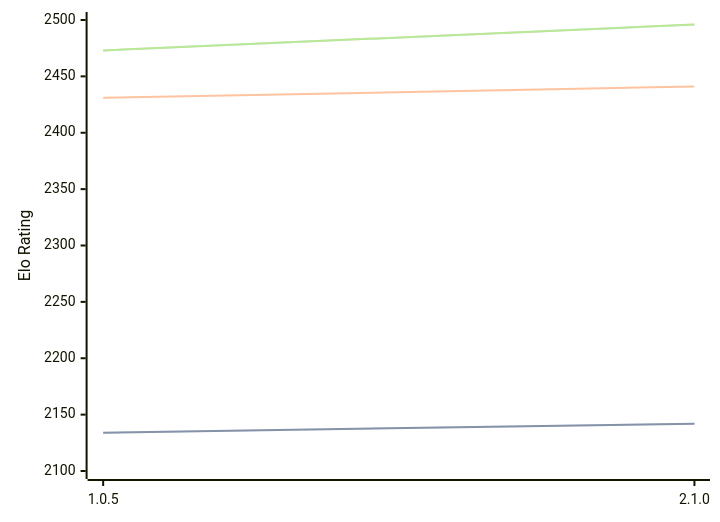
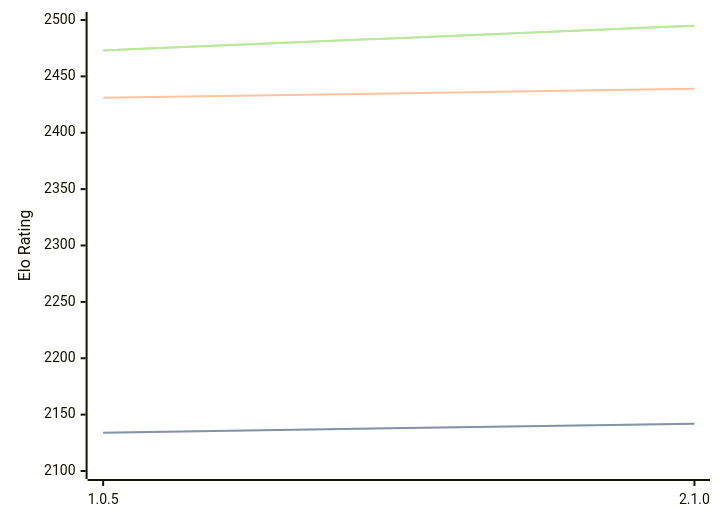
The third of 3 diagrams in engines/Ruffian.md (computer-chess-index/cci), drawn with Mermaid before and after one commit. The commit also changed other lines of this file, not shown here.

Commit message:
Update CCI Ratings (ELO VLTC) - 2026-07-10

````diff
--- a/engines/Ruffian.md
+++ b/engines/Ruffian.md
@@ -65,11 +65,11 @@
 ```mermaid
 %%{init: {"theme":"base","themeVariables":{"seriesColors:['#a3a3a3','#222221','#faa371']}}}%%
 xychart-beta
   x-axis ["1.0.5", "2.1.0"]
   y-axis "Elo Rating" 2100 --> 2500
   line "STC (8.0+0.08s)" [2134, 2142]
   line "STC (8.0+0.08s)" [2134, 2142]
-  line "LTC (60.0+0.60s)" [2431, 2441]
-  line "VLTC (2m24s+1.12s)" [2473, 2496]
-  line "VLTC (2m24s+1.12s)" [2473, 2496]
+  line "LTC (60.0+0.60s)" [2431, 2439]
+  line "VLTC (2m24s+1.12s)" [2473, 2495]
+  line "VLTC (2m24s+1.12s)" [2473, 2495]
 ```
````
